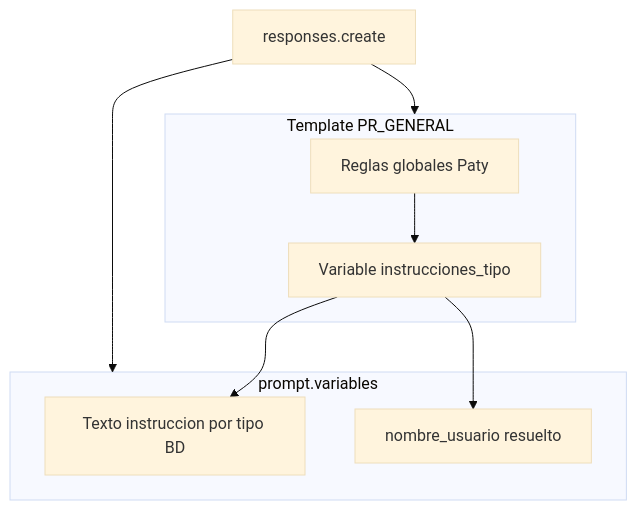
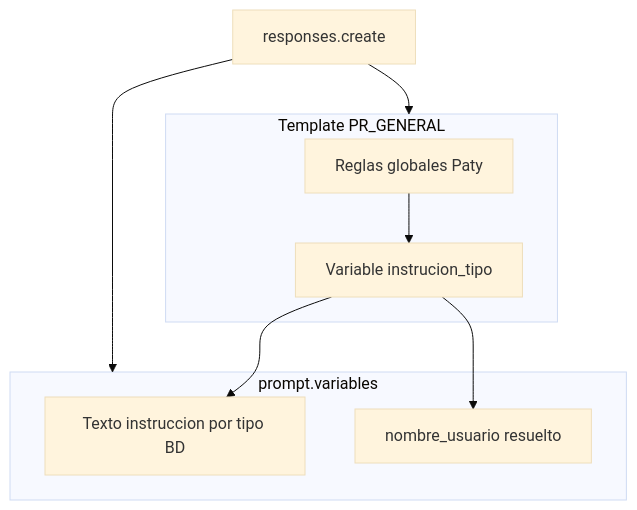
One commit to Dev-InSoft-web/ISA-DOC changed the diagram in src/lib/tickets/assets/TK-1431163/tk1431163-capas-openai.mmd. Above: the diagram before and after it, drawn with Mermaid (base theme). The commit also changed 68 other files, not shown here.

```diff
--- a/src/lib/tickets/assets/TK-1431163/tk1431163-capas-openai.mmd
+++ b/src/lib/tickets/assets/TK-1431163/tk1431163-capas-openai.mmd
@@ -1,14 +1,14 @@
 flowchart TB
   subgraph template["Template PR_GENERAL"]
     PG[Reglas globales Paty]
-    SLOT[Variable instrucciones_tipo]
+    SLOT[Variable instrucion_tipo]
     PG --> SLOT
   end
   subgraph vars["prompt.variables"]
     IT[Texto instruccion por tipo BD]
     NU[nombre_usuario resuelto]
   end
   SLOT --> IT
   SLOT --> NU
   REQ[responses.create] --> template
   REQ --> vars
```
